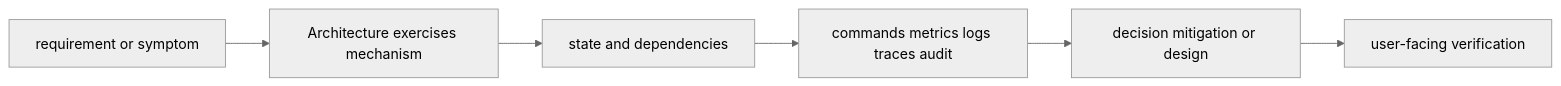
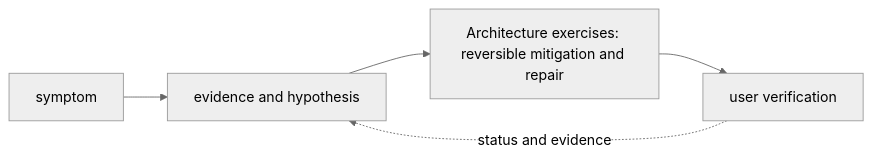
The diagram in 13-scenarios/01-architecture-exercises/README.md (tomkidumbuyo/DevOps-interview-preparation), drawn with Mermaid (neutral theme) before and after one commit. The commit also changed other lines of this file and 753 other files, not shown here.

````diff
--- a/13-scenarios/01-architecture-exercises/README.md
+++ b/13-scenarios/01-architecture-exercises/README.md
@@ -21,8 +31,7 @@
 ```mermaid
 flowchart LR
-  R[requirement or symptom] --> M[Architecture exercises mechanism]
-  M --> S[state and dependencies]
-  S --> O[commands metrics logs traces audit]
-  O --> D[decision mitigation or design]
-  D --> V[user-facing verification]
+  A["symptom"] --> B["evidence and hypothesis"]
+  B --> C["Architecture exercises: reversible mitigation and repair"]
+  C --> D["user verification"]
+  D -. "status and evidence" .-> B
 ```
````
